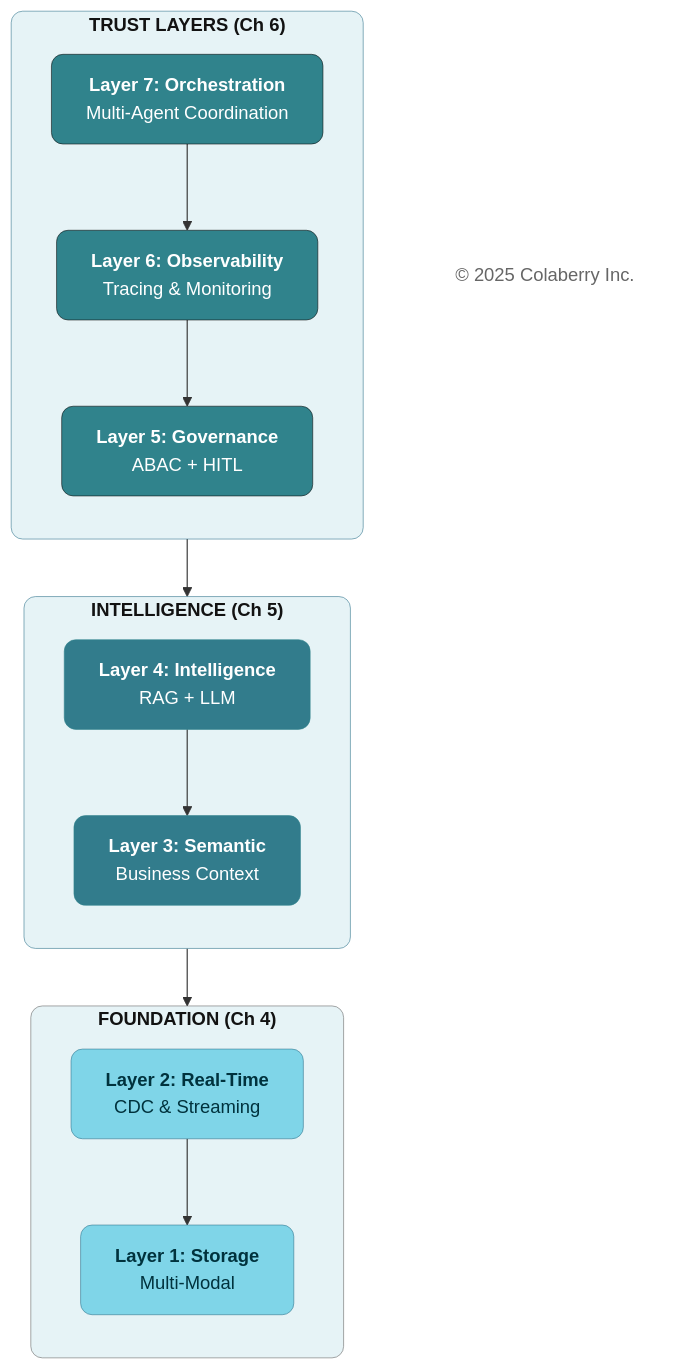
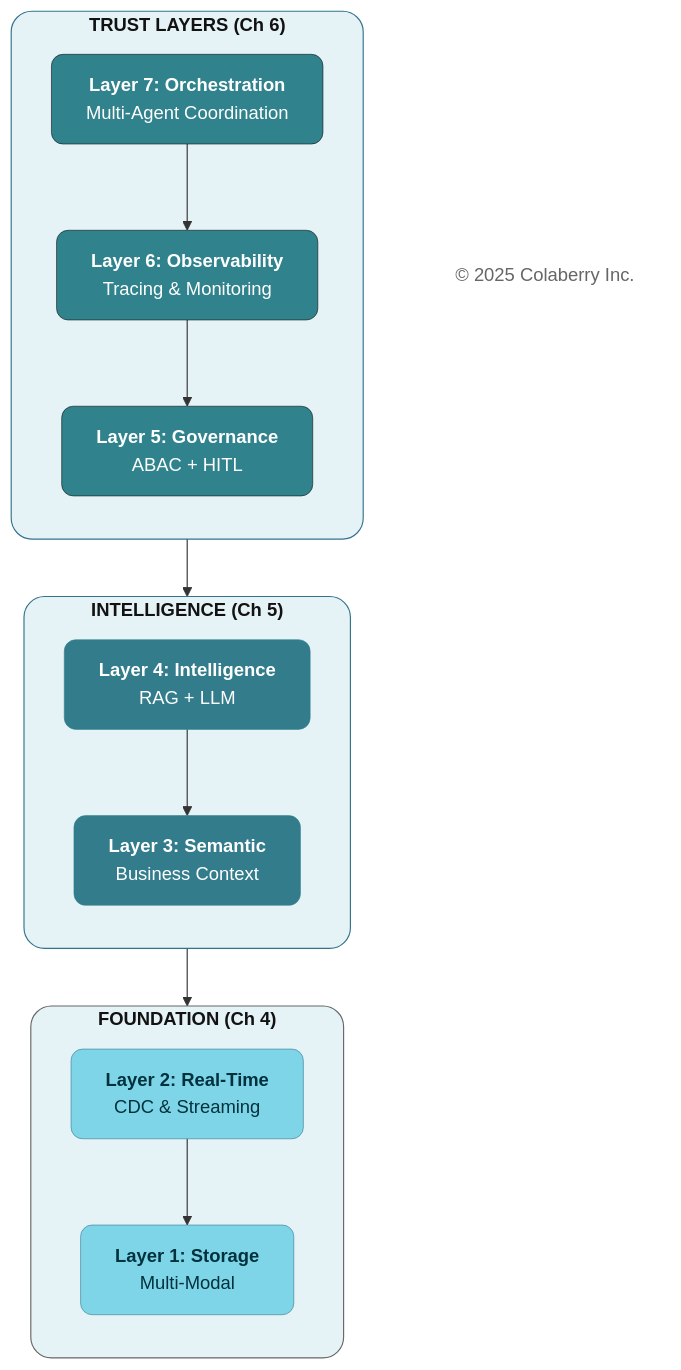
The third of 14 diagrams in manuscript/07_chapter_6_transparency_orchestration_layers.md (saitejesh-cyber/trust-before-intelligence-book), drawn with Mermaid before and after one commit. The commit also changed other lines of this file and 12 other files, not shown here.

````diff
--- a/manuscript/07_chapter_6_transparency_orchestration_layers.md
+++ b/manuscript/07_chapter_6_transparency_orchestration_layers.md
@@ -127,37 +127,37 @@
 ```mermaid
 graph TB
     subgraph TRUST_SUB["<b>TRUST LAYERS (Ch 6)</b>"]
         direction TB
         L7["<b>Layer 7: Orchestration</b><br/>Multi-Agent Coordination"]
         L6["<b>Layer 6: Observability</b><br/>Tracing & Monitoring"]
         L5["<b>Layer 5: Governance</b><br/>ABAC + HITL"]
     end
     
     subgraph INTEL_SUB["<b>INTELLIGENCE (Ch 5)</b>"]
         direction TB
         L4["<b>Layer 4: Intelligence</b><br/>RAG + LLM"]
         L3["<b>Layer 3: Semantic</b><br/>Business Context"]
     end
     
     subgraph FOUND_SUB["<b>FOUNDATION (Ch 4)</b>"]
         direction TB
         L2["<b>Layer 2: Real-Time</b><br/>CDC & Streaming"]
         L1["<b>Layer 1: Storage</b><br/>Multi-Modal"]
     end
     
     Copyright["© 2025 Colaberry Inc."]
     
     L7 --> L6 --> L5 --> L4 --> L3 --> L2 --> L1
     
-    style TRUST_SUB fill:#E6F3F6,stroke:#32738C,stroke-width:0.5px,color:#121212,rx:10,ry:10
-    style INTEL_SUB fill:#E6F3F6,stroke:#32738C,stroke-width:0.5px,color:#121212,rx:10,ry:10
-    style FOUND_SUB fill:#E6F3F6,stroke:#666666,stroke-width:0.5px,color:#121212,rx:10,ry:10
+    style TRUST_SUB fill:#E6F3F6,stroke:#32738C,stroke-width:1px,color:#121212,rx:18,ry:18
+    style INTEL_SUB fill:#E6F3F6,stroke:#32738C,stroke-width:1px,color:#121212,rx:18,ry:18
+    style FOUND_SUB fill:#E6F3F6,stroke:#666666,stroke-width:1px,color:#121212,rx:18,ry:18
     style L7 fill:#30838C,color:#ffffff,stroke:#0D0D0D,stroke-width:0.5px,rx:10,ry:10
     style L6 fill:#30838C,color:#ffffff,stroke:#0D0D0D,stroke-width:0.5px,rx:10,ry:10
     style L5 fill:#30838C,color:#ffffff,stroke:#0D0D0D,stroke-width:0.5px,rx:10,ry:10
     style L4 fill:#327C8C,stroke:#30838C,stroke-width:0.5px,color:#ffffff,rx:10,ry:10
     style L3 fill:#327C8C,stroke:#30838C,stroke-width:0.5px,color:#ffffff,rx:10,ry:10
     style L2 fill:#7FD5E8,stroke:#32738C,stroke-width:0.5px,color:#00323D,rx:10,ry:10
     style L1 fill:#7FD5E8,stroke:#32738C,stroke-width:0.5px,color:#00323D,rx:10,ry:10
     style Copyright fill:none,stroke:none,color:#666666
 ```
````
